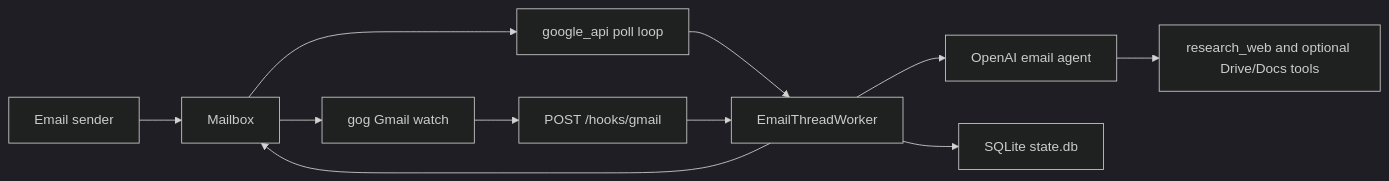
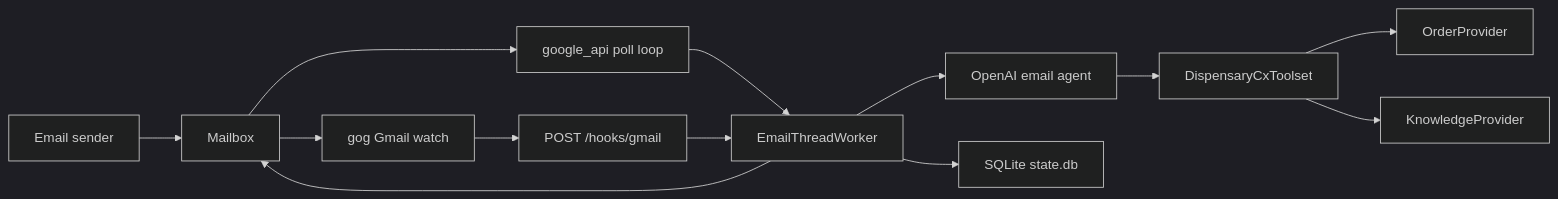
Before and after one commit to LunarMothStudios/Canna-Mailroom: the diagram in README.md, drawn with Mermaid (dark theme). The commit also changed other lines of this file and 36 other files, not shown here.

````diff
--- a/README.md
+++ b/README.md
@@ -38,13 +48,15 @@
 ```mermaid
 flowchart LR
     Sender["Email sender"] --> Gmail["Mailbox"]
     Gmail --> Poll["google_api poll loop"]
     Gmail --> Push["gog Gmail watch"]
     Poll --> Worker["EmailThreadWorker"]
     Push --> Hook["POST /hooks/gmail"]
     Hook --> Worker
     Worker --> Agent["OpenAI email agent"]
-    Agent --> Tools["research_web and optional Drive/Docs tools"]
+    Agent --> Toolset["DispensaryCxToolset"]
+    Toolset --> Orders["OrderProvider"]
+    Toolset --> Knowledge["KnowledgeProvider"]
     Worker --> State["SQLite state.db"]
     Worker --> Gmail
 ```
````
